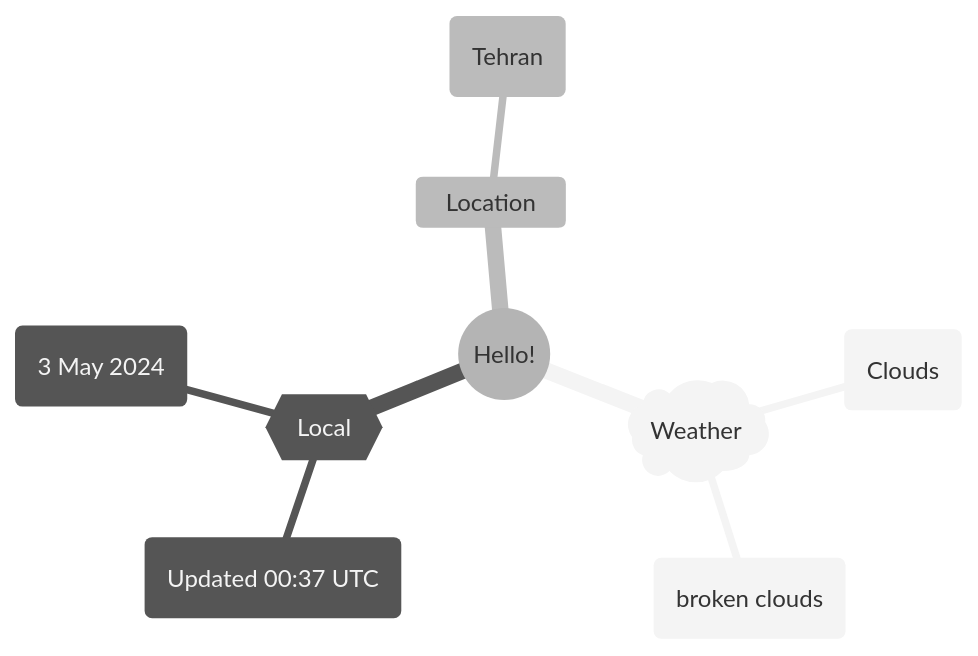
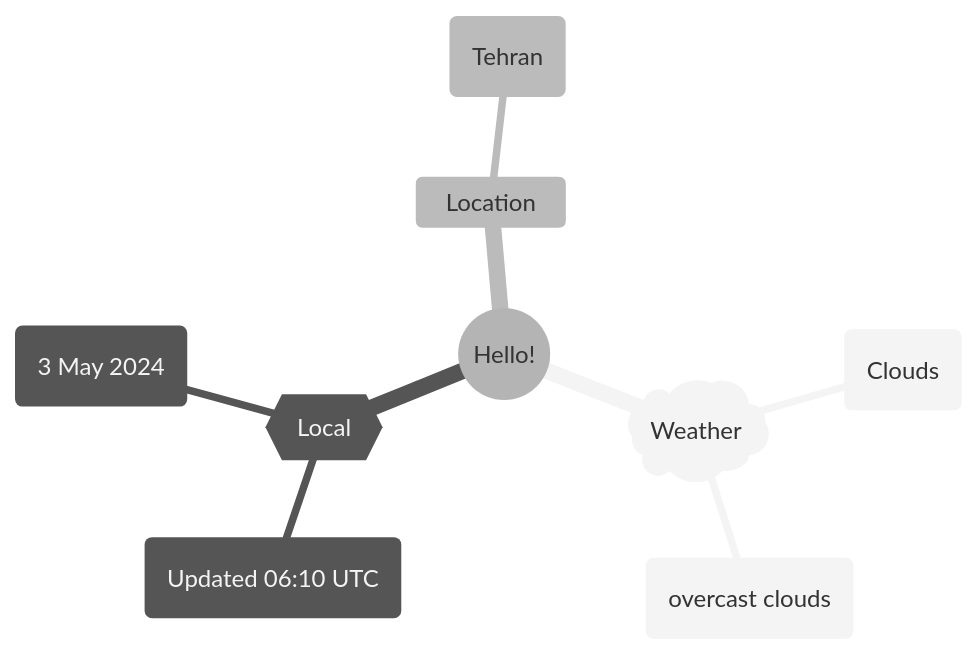
One commit to Xosrov/Xosrov changed the first of 2 diagrams in README.md. Above: the diagram before and after it, drawn with Mermaid (neutral theme).

Commit message:
[bot] updated images

````diff
--- a/README.md
+++ b/README.md
@@ -3,12 +3,12 @@
 ```mermaid
 mindmap
   root((Hello!))
     )Weather(
         (Clouds)
-        (broken clouds)
+        (overcast clouds)
     {{Local}}
-        (Updated 00:37 UTC)
+        (Updated 06:10 UTC)
         (3 May 2024)
     Location
         (Tehran)
 ```
````
